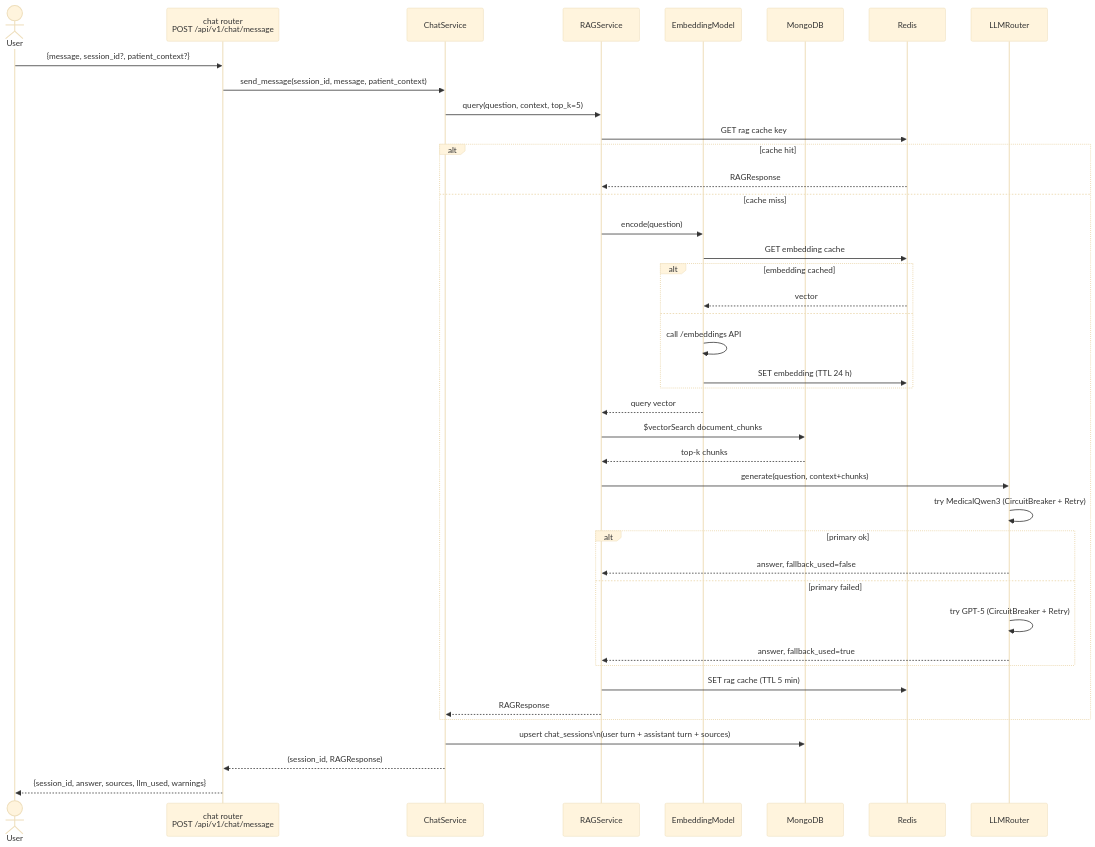
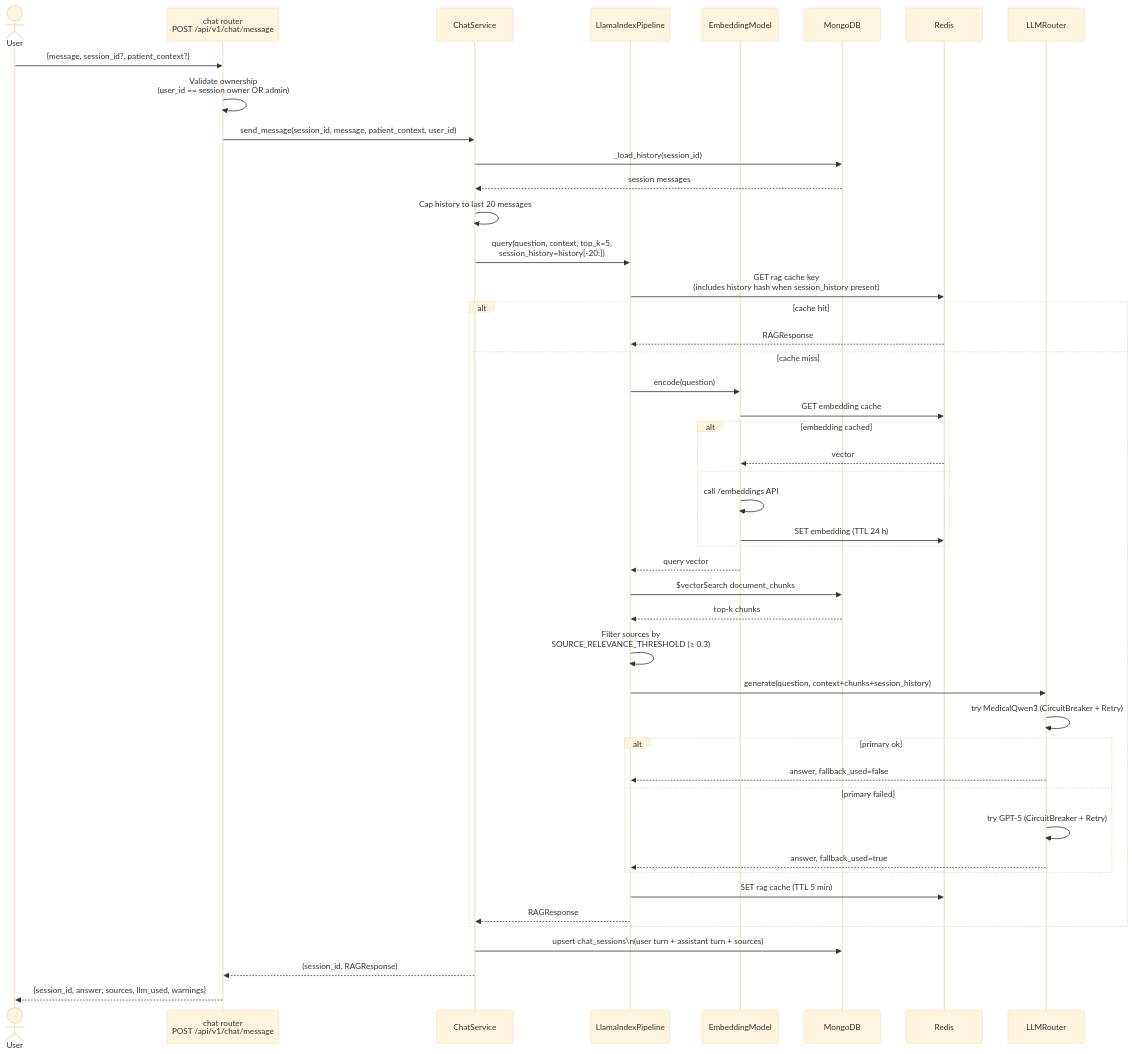
The third of 5 diagrams in docs/rag-chat-workflow.md (adanlessossi-kanli/diagno-pilot), drawn with Mermaid (base theme) before and after one commit. The commit also changed other lines of this file and 294 other files, not shown here.

````diff
--- a/docs/rag-chat-workflow.md
+++ b/docs/rag-chat-workflow.md
@@ -65,50 +65,57 @@
 ```mermaid
 sequenceDiagram
     actor User
     participant ChatRouter as chat router<br/>POST /api/v1/chat/message
     participant ChatService
-    participant RAGService
+    participant RAGService as LlamaIndexPipeline
     participant EmbeddingModel
     participant MongoDB
     participant Redis
     participant LLMRouter
 
     User->>ChatRouter: {message, session_id?, patient_context?}
-    ChatRouter->>ChatService: send_message(session_id, message, patient_context)
+    ChatRouter->>ChatRouter: Validate ownership<br/>(user_id == session owner OR admin)
+    ChatRouter->>ChatService: send_message(session_id, message, patient_context, user_id)
 
-    ChatService->>RAGService: query(question, context, top_k=5)
+    ChatService->>MongoDB: _load_history(session_id)
+    MongoDB-->>ChatService: session messages
+    ChatService->>ChatService: Cap history to last 20 messages
 
-    RAGService->>Redis: GET rag cache key
+    ChatService->>RAGService: query(question, context, top_k=5,<br/>session_history=history[-20:])
+
+    RAGService->>Redis: GET rag cache key<br/>(includes history hash when session_history present)
     alt cache hit
         Redis-->>RAGService: RAGResponse
     else cache miss
         RAGService->>EmbeddingModel: encode(question)
         EmbeddingModel->>Redis: GET embedding cache
         alt embedding cached
             Redis-->>EmbeddingModel: vector
         else
             EmbeddingModel->>EmbeddingModel: call /embeddings API
             EmbeddingModel->>Redis: SET embedding (TTL 24 h)
         end
         EmbeddingModel-->>RAGService: query vector
 
         RAGService->>MongoDB: $vectorSearch document_chunks
         MongoDB-->>RAGService: top-k chunks
 
-        RAGService->>LLMRouter: generate(question, context+chunks)
+        RAGService->>RAGService: Filter sources by<br/>SOURCE_RELEVANCE_THRESHOLD (≥ 0.3)
+
+        RAGService->>LLMRouter: generate(question, context+chunks+session_history)
         LLMRouter->>LLMRouter: try MedicalQwen3 (CircuitBreaker + Retry)
         alt primary ok
             LLMRouter-->>RAGService: answer, fallback_used=false
         else primary failed
             LLMRouter->>LLMRouter: try GPT-5 (CircuitBreaker + Retry)
             LLMRouter-->>RAGService: answer, fallback_used=true
         end
 
         RAGService->>Redis: SET rag cache (TTL 5 min)
         RAGService-->>ChatService: RAGResponse
     end
 
     ChatService->>MongoDB: upsert chat_sessions\n(user turn + assistant turn + sources)
     ChatService-->>ChatRouter: (session_id, RAGResponse)
     ChatRouter-->>User: {session_id, answer, sources, llm_used, warnings}
 ```
````
